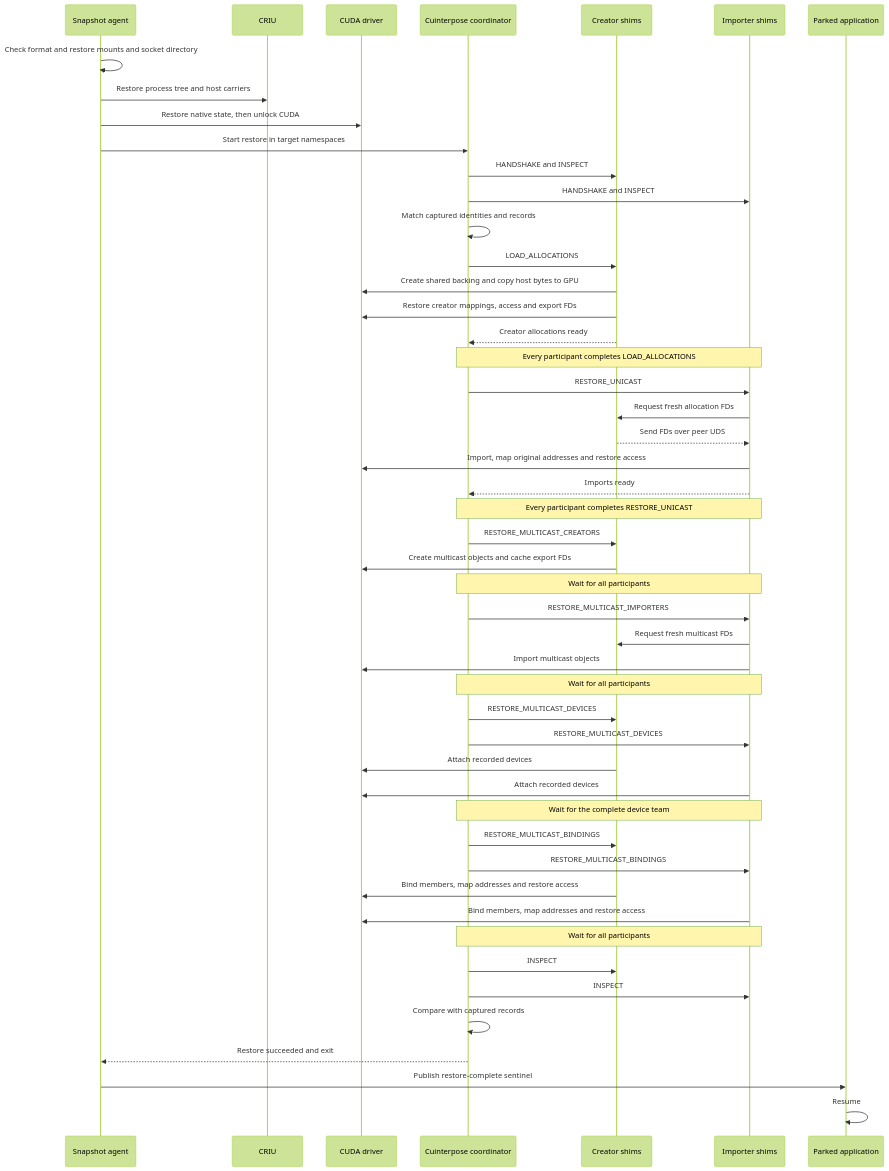
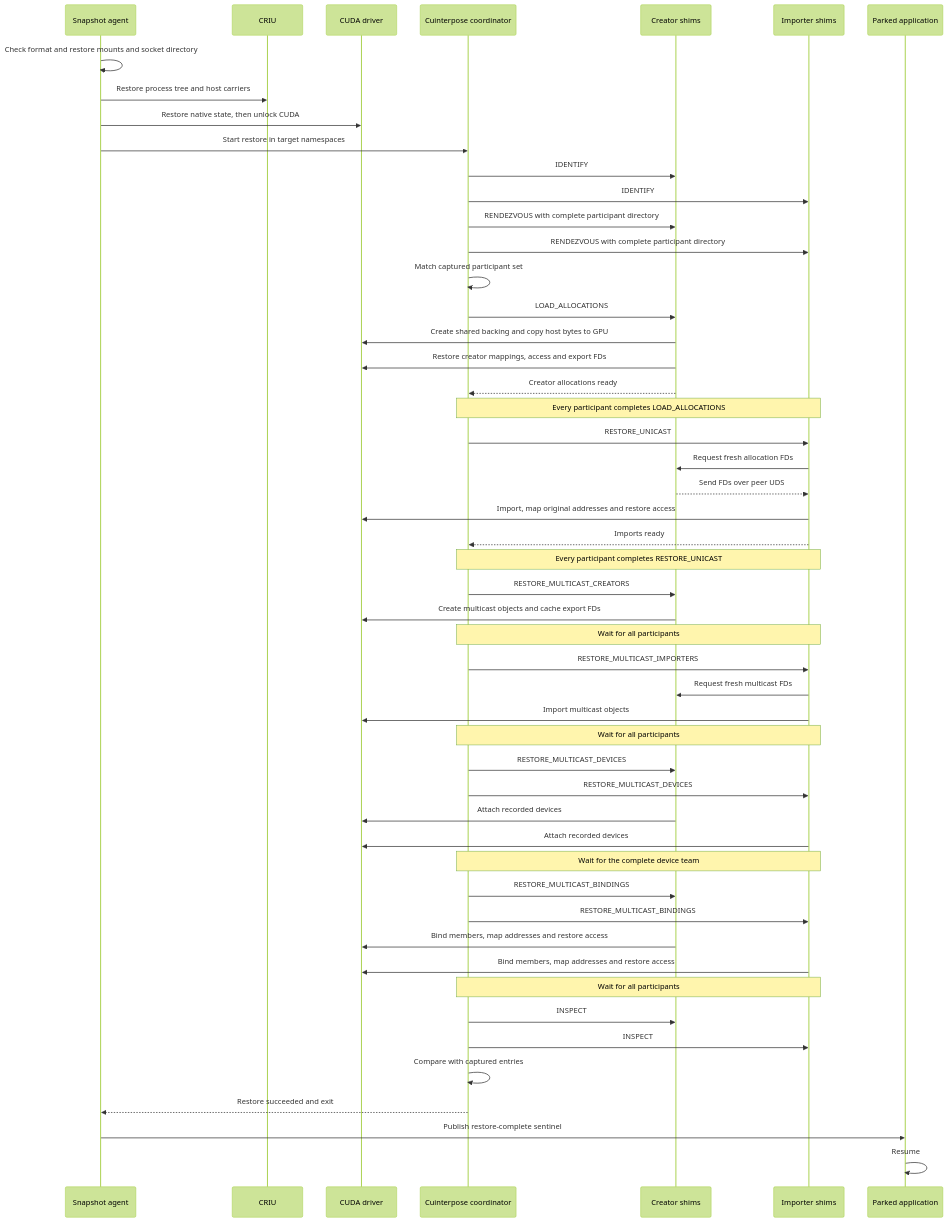
One commit to ai-dynamo/snapshot changed the fifth of 5 diagrams in docs/development/cuinterpose.md. Above: the diagram before and after it, drawn with Mermaid (forest theme). The commit also changed other lines of this file and 1 other file, not shown here.

````diff
--- a/docs/development/cuinterpose.md
+++ b/docs/development/cuinterpose.md
@@ -360,51 +380,53 @@
 ```mermaid
 sequenceDiagram
     participant Agent as Snapshot agent
     participant CRIU as CRIU
     participant CUDA as CUDA driver
     participant Coord as Cuinterpose coordinator
     participant Creators as Creator shims
     participant Importers as Importer shims
     participant App as Parked application
     Agent->>Agent: Check format and restore mounts and socket directory
     Agent->>CRIU: Restore process tree and host carriers
     Agent->>CUDA: Restore native state, then unlock CUDA
     Agent->>Coord: Start restore in target namespaces
-    Coord->>Creators: HANDSHAKE and INSPECT
-    Coord->>Importers: HANDSHAKE and INSPECT
-    Coord->>Coord: Match captured identities and records
+    Coord->>Creators: IDENTIFY
+    Coord->>Importers: IDENTIFY
+    Coord->>Creators: RENDEZVOUS with complete participant directory
+    Coord->>Importers: RENDEZVOUS with complete participant directory
+    Coord->>Coord: Match captured participant set
     Coord->>Creators: LOAD_ALLOCATIONS
     Creators->>CUDA: Create shared backing and copy host bytes to GPU
     Creators->>CUDA: Restore creator mappings, access and export FDs
     Creators-->>Coord: Creator allocations ready
     Note over Coord,Importers: Every participant completes LOAD_ALLOCATIONS
     Coord->>Importers: RESTORE_UNICAST
     Importers->>Creators: Request fresh allocation FDs
     Creators-->>Importers: Send FDs over peer UDS
     Importers->>CUDA: Import, map original addresses and restore access
     Importers-->>Coord: Imports ready
     Note over Coord,Importers: Every participant completes RESTORE_UNICAST
     Coord->>Creators: RESTORE_MULTICAST_CREATORS
     Creators->>CUDA: Create multicast objects and cache export FDs
     Note over Coord,Importers: Wait for all participants
     Coord->>Importers: RESTORE_MULTICAST_IMPORTERS
     Importers->>Creators: Request fresh multicast FDs
     Importers->>CUDA: Import multicast objects
     Note over Coord,Importers: Wait for all participants
     Coord->>Creators: RESTORE_MULTICAST_DEVICES
     Coord->>Importers: RESTORE_MULTICAST_DEVICES
     Creators->>CUDA: Attach recorded devices
     Importers->>CUDA: Attach recorded devices
     Note over Coord,Importers: Wait for the complete device team
     Coord->>Creators: RESTORE_MULTICAST_BINDINGS
     Coord->>Importers: RESTORE_MULTICAST_BINDINGS
     Creators->>CUDA: Bind members, map addresses and restore access
     Importers->>CUDA: Bind members, map addresses and restore access
     Note over Coord,Importers: Wait for all participants
     Coord->>Creators: INSPECT
     Coord->>Importers: INSPECT
-    Coord->>Coord: Compare with captured records
+    Coord->>Coord: Compare with captured entries
     Coord-->>Agent: Restore succeeded and exit
     Agent->>App: Publish restore-complete sentinel
     App->>App: Resume
 ```
````
